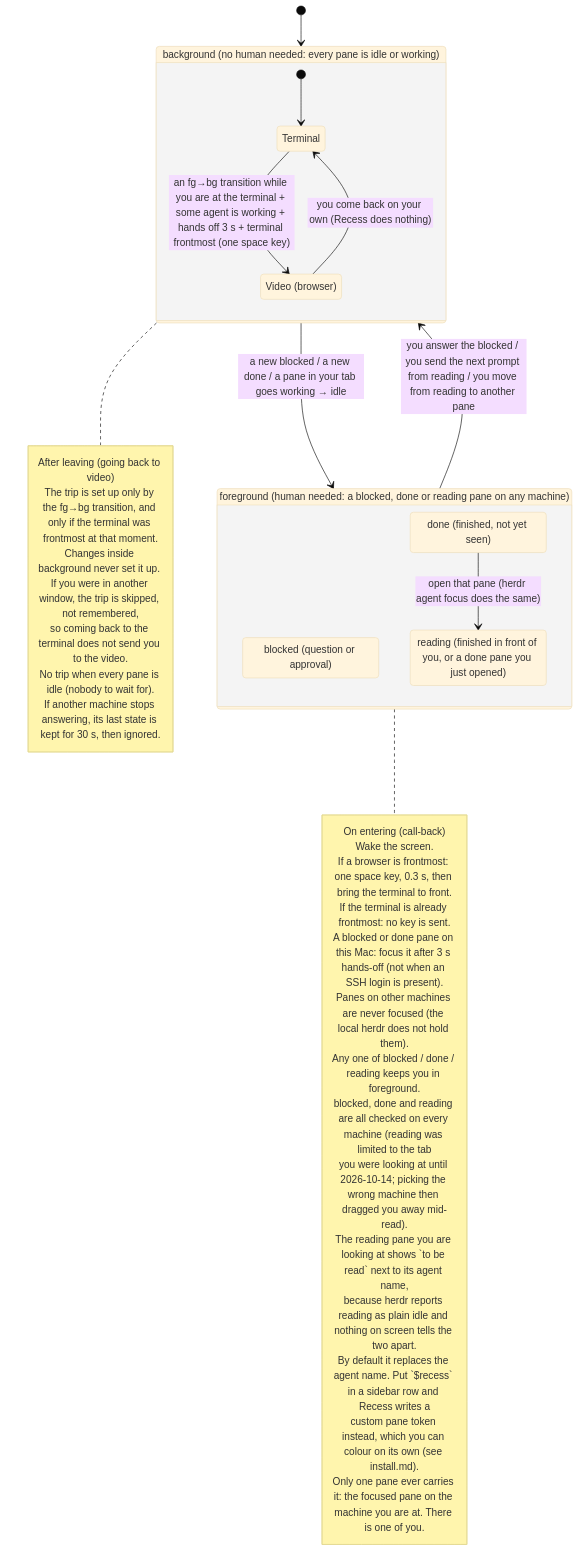
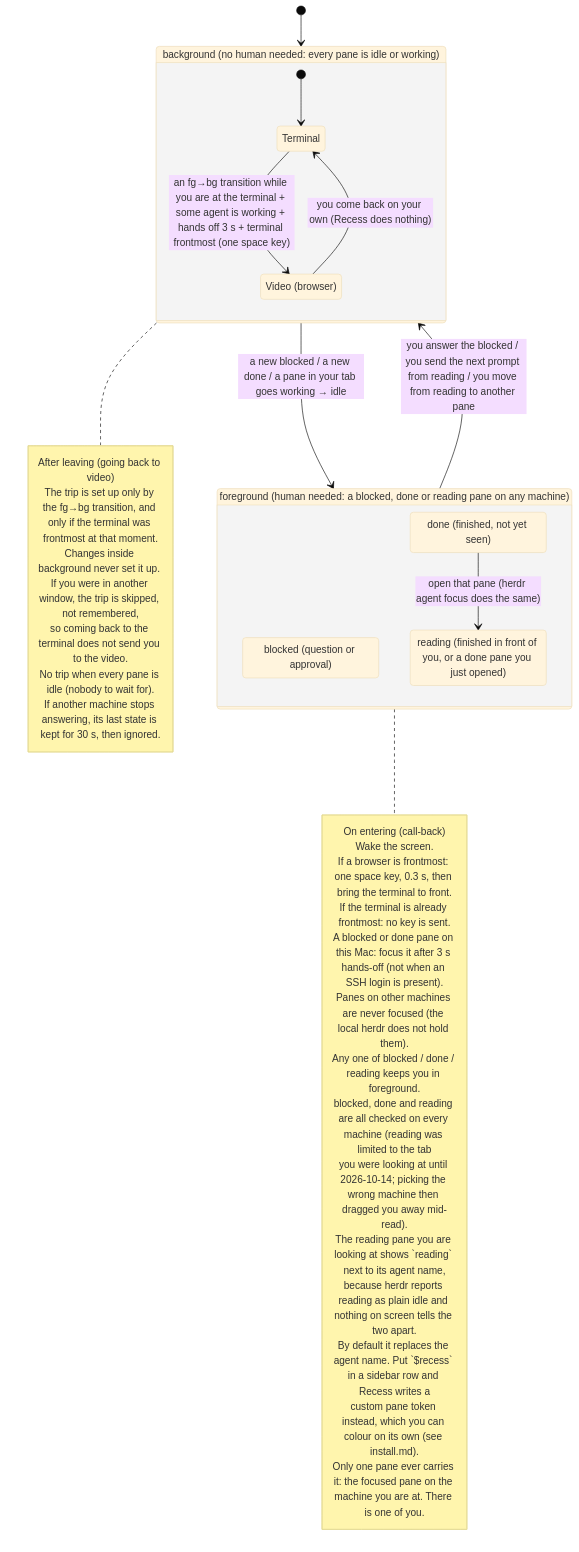
Before and after one commit to tatsuro-ueda/recess: the first of 2 diagrams in docs/spec.md, drawn with Mermaid (base theme). The commit also changed other lines of this file and 4 other files, not shown here.

````diff
--- a/docs/spec.md
+++ b/docs/spec.md
@@ -11,49 +11,49 @@
 ```mermaid
 stateDiagram-v2
     direction TB
 
     state "background (no human needed: every pane is idle or working)" as bg {
         state "Terminal" as term
         state "Video (browser)" as nf
         [*] --> term
         term --> nf : an fg→bg transition while you are at the terminal + some agent is working + hands off 3 s + terminal frontmost (one space key)
         nf --> term : you come back on your own (Recess does nothing)
     }
 
     state "foreground (human needed: a blocked, done or reading pane on any machine)" as fg {
         state "blocked (question or approval)" as blocked
         state "done (finished, not yet seen)" as done
         state "reading (finished in front of you, or a done pane you just opened)" as reading
         done --> reading : open that pane (herdr agent focus does the same)
     }
 
     [*] --> bg
     bg --> fg : a new blocked / a new done / a pane in your tab goes working → idle
     fg --> bg : you answer the blocked / you send the next prompt from reading / you move from reading to another pane
 
     note right of fg
         On entering (call-back)
         Wake the screen.
         If a browser is frontmost: one space key, 0.3 s, then bring the terminal to front.
         If the terminal is already frontmost: no key is sent.
         A blocked or done pane on this Mac: focus it after 3 s hands-off (not when an SSH login is present).
         Panes on other machines are never focused (the local herdr does not hold them).
         Any one of blocked / done / reading keeps you in foreground.
         blocked, done and reading are all checked on every machine (reading was limited to the tab
         you were looking at until 2026-10-14; picking the wrong machine then dragged you away mid-read).
-        The reading pane you are looking at shows `to be read` next to its agent name,
+        The reading pane you are looking at shows `reading` next to its agent name,
         because herdr reports reading as plain idle and nothing on screen tells the two apart.
         By default it replaces the agent name. Put `$recess` in a sidebar row and Recess writes a
         custom pane token instead, which you can colour on its own (see install.md).
         Only one pane ever carries it: the focused pane on the machine you are at. There is one of you.
     end note
 
     note right of bg
         After leaving (going back to video)
         The trip is set up only by the fg→bg transition, and only if the terminal was frontmost at that moment.
         Changes inside background never set it up. If you were in another window, the trip is skipped, not remembered,
         so coming back to the terminal does not send you to the video.
         No trip when every pane is idle (nobody to wait for).
         If another machine stops answering, its last state is kept for 30 s, then ignored.
     end note
 ```
````
